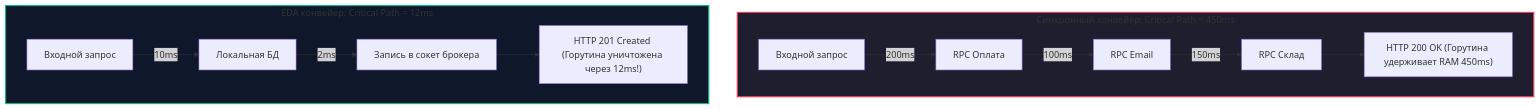
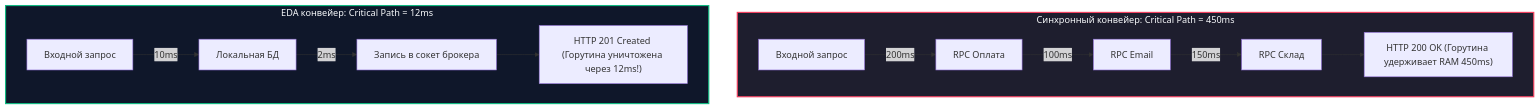
One commit to UnrealTemplier/go-textbook changed the second of 2 diagrams in sources/13. Очереди, брокеры сообщений и оркестраторы/05. Паттерны и архитектура/3. Event Driven Architecture.md. Above: the diagram before and after it, drawn with Mermaid. The commit also changed other lines of this file and 310 other files, not shown here.

First line of the commit message:
fix(mermaid): replace light fill colors with dark palette for readability on dark theme

````diff
--- a/sources/13. Очереди, брокеры сообщений и оркестраторы/05. Паттерны и архитектура/3. Event Driven Architecture.md
+++ b/sources/13. Очереди, брокеры сообщений и оркестраторы/05. Паттерны и архитектура/3. Event Driven Architecture.md
@@ -74,18 +74,18 @@
 ```mermaid
 flowchart TD
     subgraph SyncChain ["Синхронный конвейер: Critical Path = 450ms"]
         S1["Входной запрос"] -->|"200ms"| S2["RPC Оплата"]
         S2 -->|"100ms"| S3["RPC Email"]
         S3 -->|"150ms"| S4["RPC Склад"]
         S4 --> S5["HTTP 200 OK (Горутина удерживает RAM 450ms)"]
     end
 
     subgraph AsyncPipeline ["EDA конвейер: Critical Path = 12ms"]
         A1["Входной запрос"] -->|"10ms"| A2["Локальная БД"]
         A2 -->|"2ms"| A3["Запись в сокет брокера"]
         A3 --> A4["HTTP 201 Created (Горутина уничтожена через 12ms!)"]
     end
 
-    style SyncChain fill:#1e1e2e,stroke:#f43f5e,stroke-width:2px
-    style AsyncPipeline fill:#0f172a,stroke:#10b981,stroke-width:2px
+    style SyncChain fill:#1e1e2e,stroke:#f43f5e,stroke-width:2px,color:#f8fafc
+    style AsyncPipeline fill:#0f172a,stroke:#10b981,stroke-width:2px,color:#f8fafc
 ```
````
